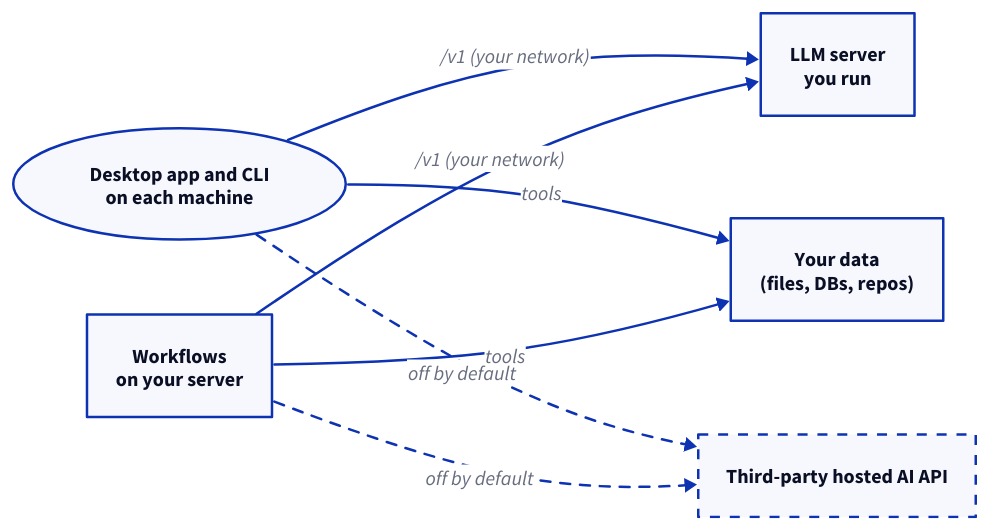
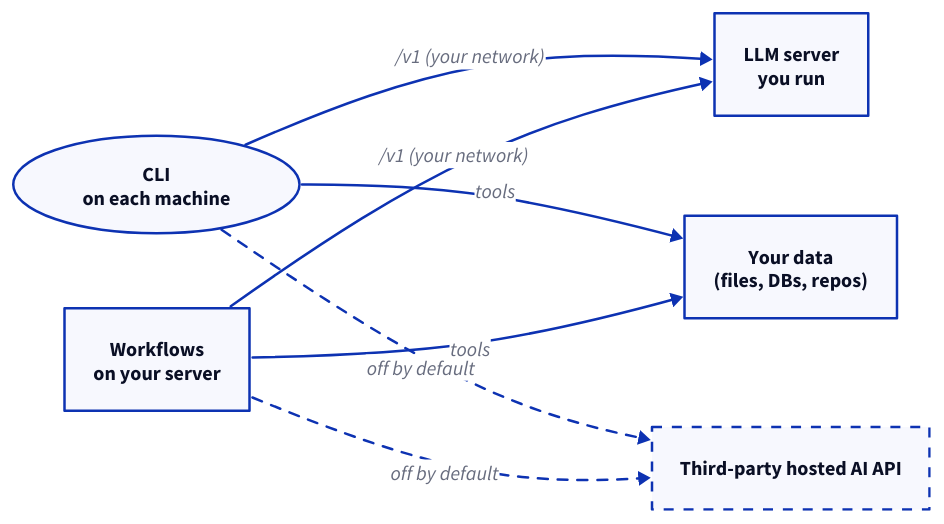
The first of 2 diagrams in docs/v2/start/data-sovereignty.md (kdeps/kdeps), drawn with D2 before and after one commit. The commit also changed other lines of this file and 89 other files, not shown here.

First line of the commit message:
refactor: remove the desktop app

````diff
--- a/docs/v2/start/data-sovereignty.md
+++ b/docs/v2/start/data-sovereignty.md
@@ -14,16 +14,16 @@
 ```d2
 direction: right
 
-U: "Desktop app and CLI\non each machine" {shape: oval}
+U: "CLI\non each machine" {shape: oval}
 W: "Workflows\non your server"
 L: "LLM server\nyou run"
 D: "Your data\n(files, DBs, repos)"
 X: "Third-party hosted AI API" {style.stroke-dash: 4}
 
 U -> L: "/v1 (your network)"
 W -> L: "/v1 (your network)"
 U -> D: tools
 W -> D: tools
 U -> X: "off by default" {style.stroke-dash: 4}
 W -> X: "off by default" {style.stroke-dash: 4}
 ```
````
